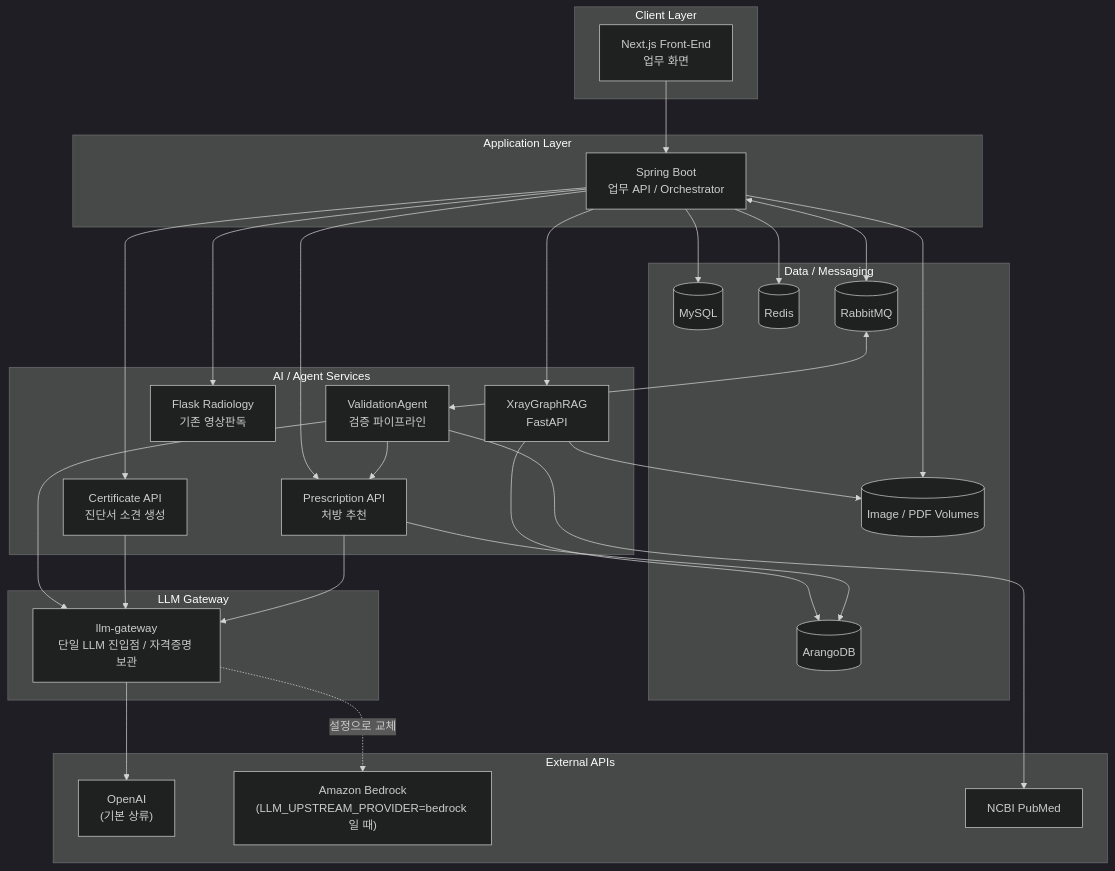
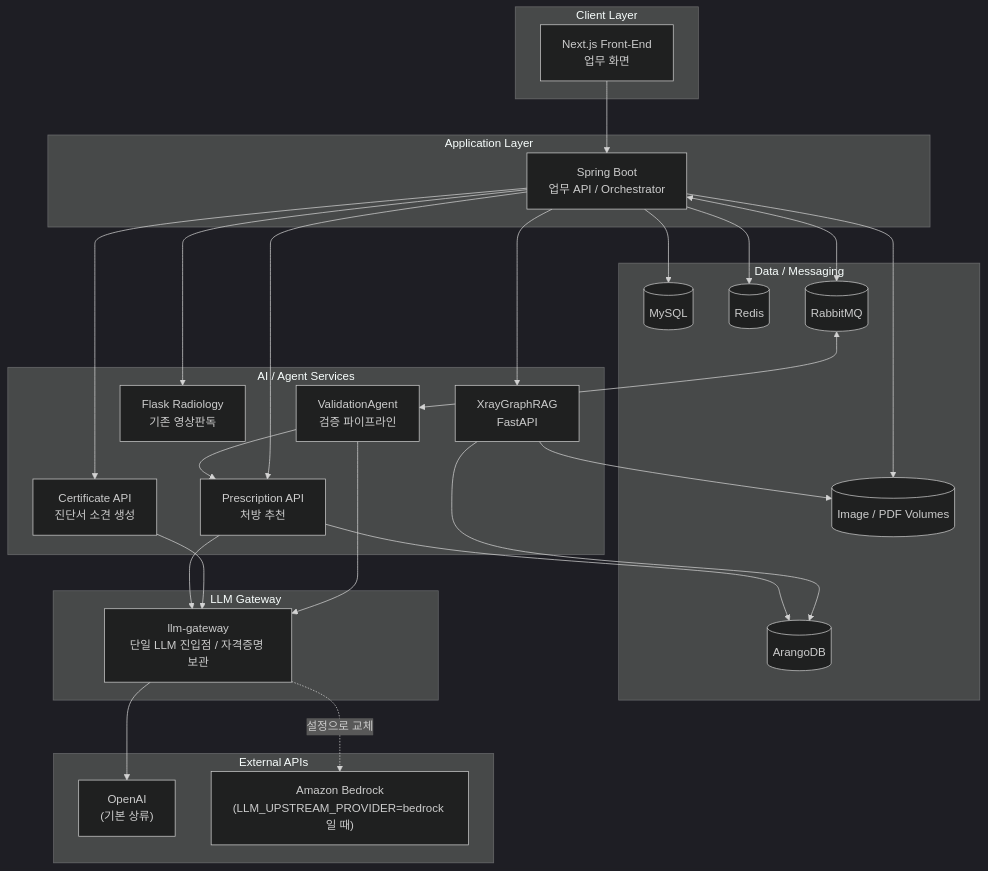
One commit to kjbddo/bitcomputer-emr changed the first of 3 diagrams in Docs/01-system-architecture.md. Above: the diagram before and after it, drawn with Mermaid (dark theme). The commit also changed other lines of this file and 7 other files, not shown here.

First line of the commit message:
docs: PubMed 제거·합성 케이스·PSPNet 기본값을 문서에 반영한다

````diff
--- a/Docs/01-system-architecture.md
+++ b/Docs/01-system-architecture.md
@@ -24,61 +24,59 @@
 ```mermaid
 flowchart TB
   subgraph Client["Client Layer"]
     FE["Next.js Front-End<br/>업무 화면"]
   end
 
   subgraph App["Application Layer"]
     Spring["Spring Boot<br/>업무 API / Orchestrator"]
   end
 
   subgraph AI["AI / Agent Services"]
     Xray["XrayGraphRAG<br/>FastAPI"]
     Flask["Flask Radiology<br/>기존 영상판독"]
     Cert["Certificate API<br/>진단서 소견 생성"]
     Rx["Prescription API<br/>처방 추천"]
     Val["ValidationAgent<br/>검증 파이프라인"]
   end
 
   subgraph Infra["Data / Messaging"]
     MySQL[("MySQL")]
     Redis[("Redis")]
     Rabbit[("RabbitMQ")]
     Arango[("ArangoDB")]
     Images[("Image / PDF Volumes")]
   end
 
   subgraph Gate["LLM Gateway"]
     GW["llm-gateway<br/>단일 LLM 진입점 / 자격증명 보관"]
   end
 
   subgraph External["External APIs"]
     OpenAI["OpenAI<br/>(기본 상류)"]
     Bedrock["Amazon Bedrock<br/>(LLM_UPSTREAM_PROVIDER=bedrock 일 때)"]
-    PubMed["NCBI PubMed"]
   end
 
   FE --> Spring
   Spring --> MySQL
   Spring --> Redis
   Spring --> Images
 
   Spring --> Xray
   Spring --> Flask
   Spring --> Cert
   Spring --> Rx
   Spring <--> Rabbit
 
   Rabbit <--> Val
   Val --> Rx
-  Val --> PubMed
 
   Xray --> Arango
   Xray --> Images
   Rx --> Arango
 
   Val --> GW
   Cert --> GW
   Rx --> GW
   GW --> OpenAI
   GW -. 설정으로 교체 .-> Bedrock
 ```
````
